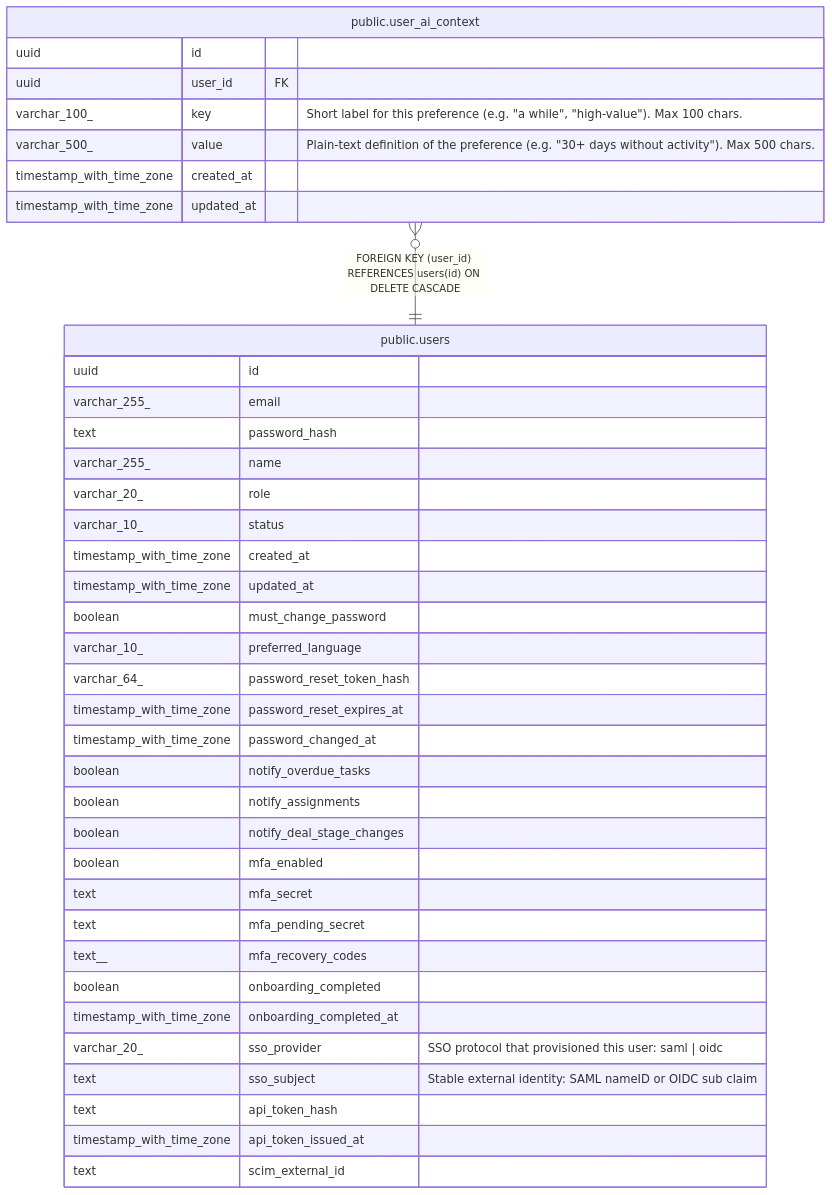
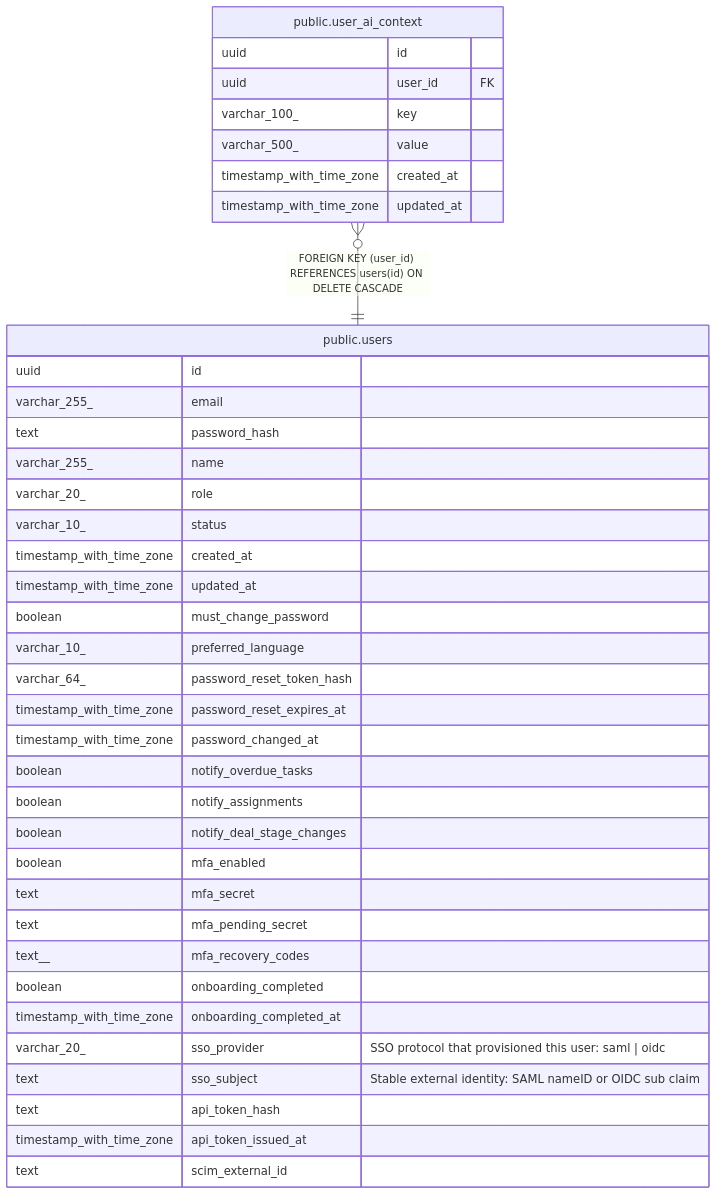
One commit to rkseattle/minicrm changed the diagram in docs/schema/public.user_ai_context.md. Above: the diagram before and after it, drawn with Mermaid. The commit also changed other lines of this file and 21 other files, not shown here.

First line of the commit message:
feat(db): add schema for relationship health scoring and follow-up timing

````diff
--- a/docs/schema/public.user_ai_context.md
+++ b/docs/schema/public.user_ai_context.md
@@ -42,43 +38,43 @@
 ```mermaid
 erDiagram
 
 "public.user_ai_context" }o--|| "public.users" : "FOREIGN KEY (user_id) REFERENCES users(id) ON DELETE CASCADE"
 
 "public.user_ai_context" {
   uuid id ""
   uuid user_id FK ""
-  varchar_100_ key "Short label for this preference (e.g. #quot;a while#quot;, #quot;high-value#quot;). Max 100 chars."
-  varchar_500_ value "Plain-text definition of the preference (e.g. #quot;30+ days without activity#quot;). Max 500 chars."
+  varchar_100_ key ""
+  varchar_500_ value ""
   timestamp_with_time_zone created_at ""
   timestamp_with_time_zone updated_at ""
 }
 "public.users" {
   uuid id ""
   varchar_255_ email ""
   text password_hash ""
   varchar_255_ name ""
   varchar_20_ role ""
   varchar_10_ status ""
   timestamp_with_time_zone created_at ""
   timestamp_with_time_zone updated_at ""
   boolean must_change_password ""
   varchar_10_ preferred_language ""
   varchar_64_ password_reset_token_hash ""
   timestamp_with_time_zone password_reset_expires_at ""
   timestamp_with_time_zone password_changed_at ""
   boolean notify_overdue_tasks ""
   boolean notify_assignments ""
   boolean notify_deal_stage_changes ""
   boolean mfa_enabled ""
   text mfa_secret ""
   text mfa_pending_secret ""
   text__ mfa_recovery_codes ""
   boolean onboarding_completed ""
   timestamp_with_time_zone onboarding_completed_at ""
   varchar_20_ sso_provider "SSO protocol that provisioned this user: saml | oidc"
   text sso_subject "Stable external identity: SAML nameID or OIDC sub claim"
   text api_token_hash ""
   timestamp_with_time_zone api_token_issued_at ""
   text scim_external_id ""
 }
 ```
````
